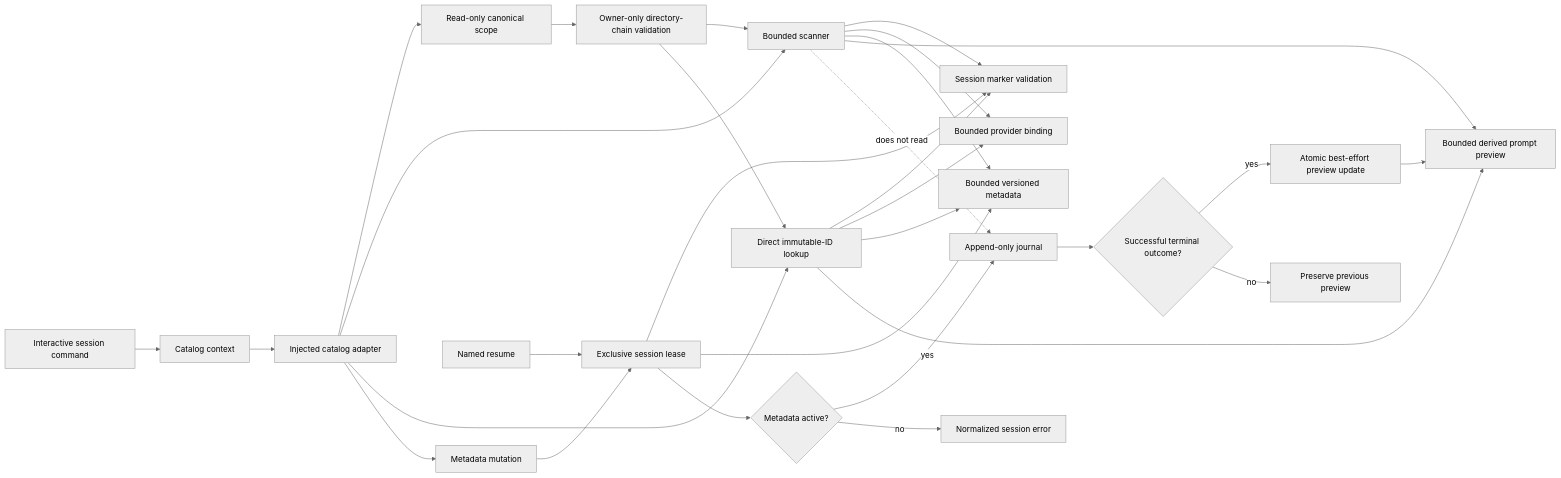
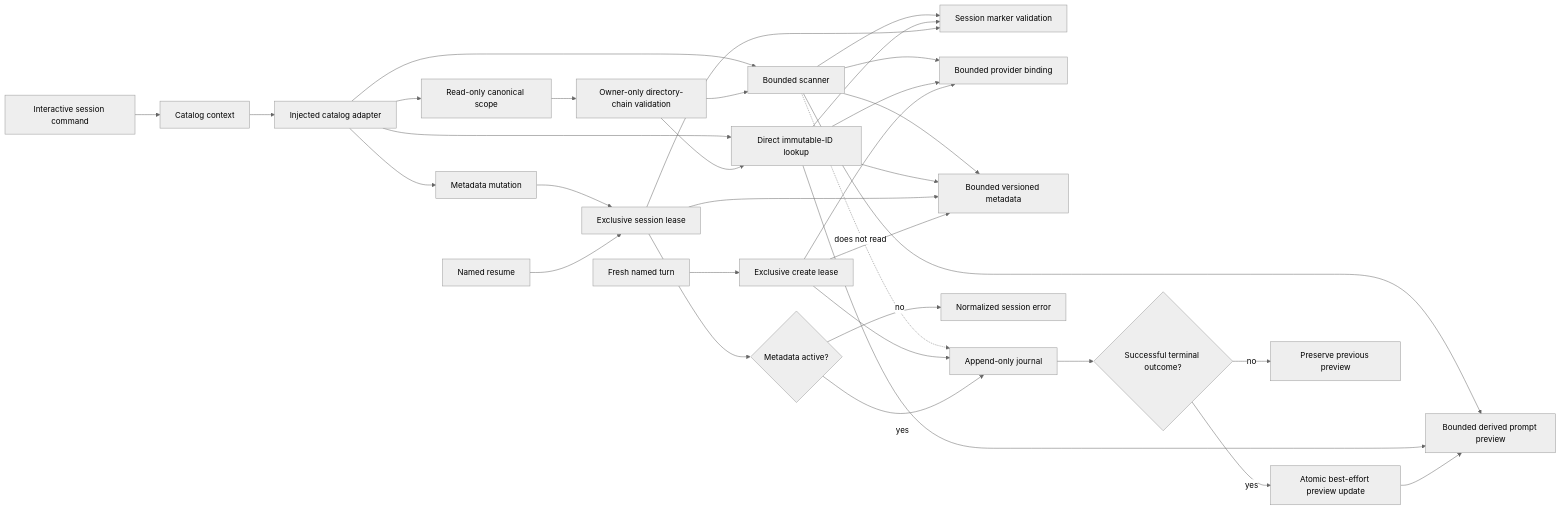
One commit to ccarvalho-eng/draught changed the third of 12 diagrams in docs/architecture.md. Above: the diagram before and after it, drawn with Mermaid (neutral theme). The commit also changed other lines of this file and 14 other files, not shown here.

````diff
--- a/docs/architecture.md
+++ b/docs/architecture.md
@@ -152,34 +152,38 @@
 ```mermaid
 flowchart LR
   Command[Interactive session command] --> Catalog[Catalog context]
   Catalog --> Adapter[Injected catalog adapter]
   Adapter --> Scope[Read-only canonical scope]
   Adapter --> Scanner[Bounded scanner]
   Adapter --> Direct[Direct immutable-ID lookup]
   Adapter --> Mutation[Metadata mutation]
 
   Scope --> Directory[Owner-only directory-chain validation]
   Directory --> Scanner
   Directory --> Direct
   Scanner --> Marker[Session marker validation]
   Scanner --> Binding[Bounded provider binding]
   Scanner --> Metadata[Bounded versioned metadata]
   Scanner --> Preview[Bounded derived prompt preview]
   Scanner -. does not read .-> Journal[Append-only journal]
   Direct --> Marker
   Direct --> Binding
   Direct --> Metadata
   Direct --> Preview
 
   Mutation --> Lease[Exclusive session lease]
   Lease --> Marker
   Lease --> Metadata
+  Fresh[Fresh named turn] --> CreateLease[Exclusive create lease]
+  CreateLease --> Binding
+  CreateLease --> Metadata
+  CreateLease --> Journal
   Resume[Named resume] --> Lease
   Lease --> Active{Metadata active?}
   Active -->|yes| Journal
   Active -->|no| Rejected[Normalized session error]
   Journal --> Terminal{Successful terminal outcome?}
   Terminal -->|yes| PreviewWrite[Atomic best-effort preview update]
   PreviewWrite --> Preview
   Terminal -->|no| Preserve[Preserve previous preview]
 ```
````
